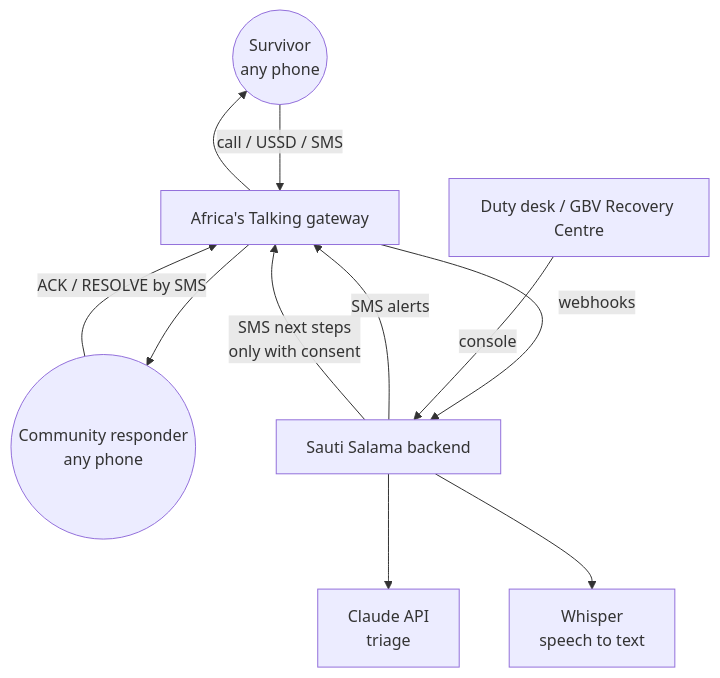
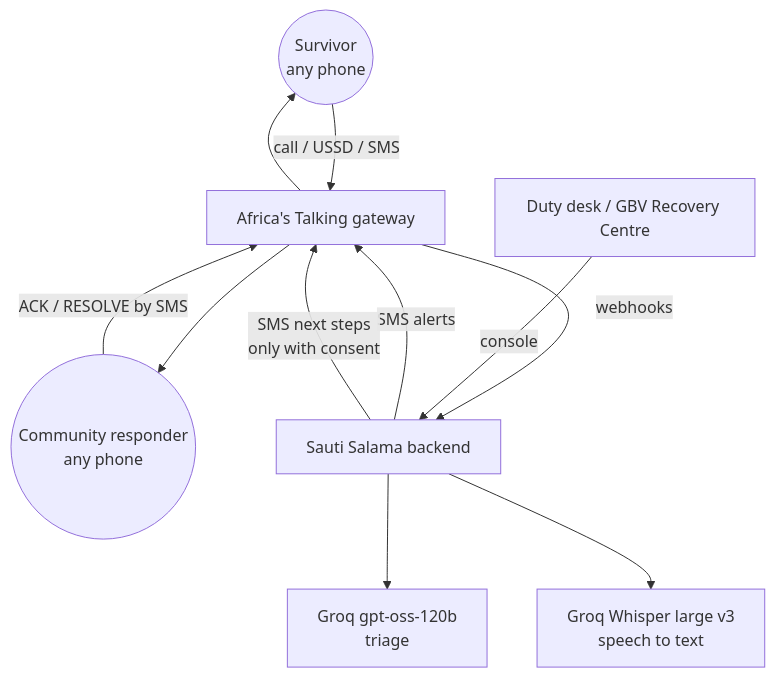
Before and after one commit to swiftkimani/sauti-salama: the first of 6 diagrams in docs/ARCHITECTURE.md, drawn with Mermaid. The commit also changed other lines of this file and 25 other files, not shown here.

First line of the commit message:
Groq AI, per-number rate limiting, explainable triage and time-to-accept

````diff
--- a/docs/ARCHITECTURE.md
+++ b/docs/ARCHITECTURE.md
@@ -5,11 +5,11 @@
 ```mermaid
 flowchart TB
   S((Survivor<br/>any phone)) -->|call / USSD / SMS| GW[Africa's Talking gateway]
   R((Community responder<br/>any phone)) -->|ACK / RESOLVE by SMS| GW
   GW -->|webhooks| B[Sauti Salama backend]
   B -->|SMS alerts| GW --> R
   B -->|SMS next steps<br/>only with consent| GW --> S
-  B --> AI[Claude API<br/>triage]
-  B --> STT[Whisper<br/>speech to text]
+  B --> AI[Groq gpt-oss-120b<br/>triage]
+  B --> STT[Groq Whisper large v3<br/>speech to text]
   D[Duty desk / GBV Recovery Centre] -->|console| B
 ```
````
